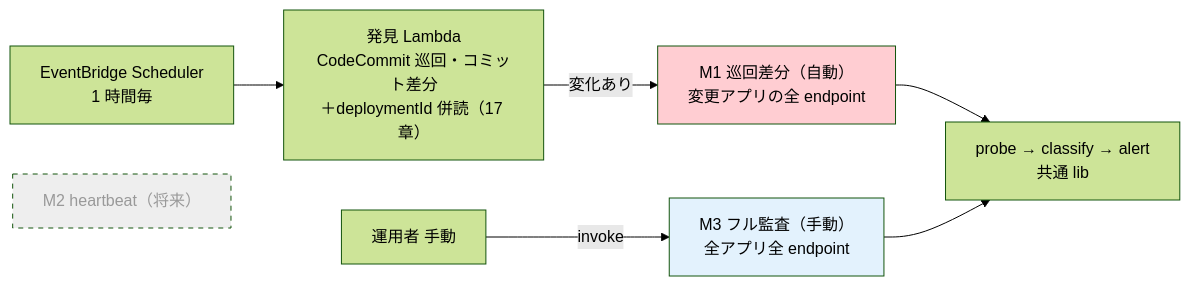
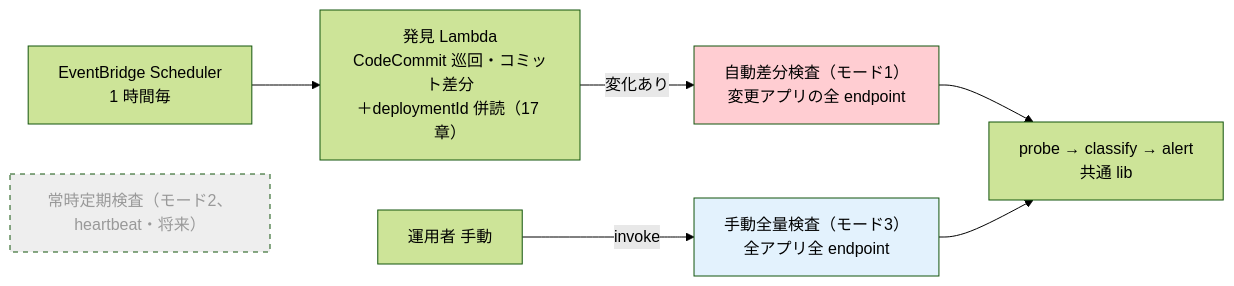
One commit to suepie/aws-atuh-poc changed the first of 2 diagrams in doc/api-platform/basic-design/18-scan-modes-and-scheduling.md. Above: the diagram before and after it, drawn with Mermaid (forest theme). The commit also changed other lines of this file and 15 other files, not shown here.

````diff
--- a/doc/api-platform/basic-design/18-scan-modes-and-scheduling.md
+++ b/doc/api-platform/basic-design/18-scan-modes-and-scheduling.md
@@ -30,11 +30,11 @@
 ```mermaid
 flowchart LR
-    SCH[EventBridge Scheduler<br/>1 時間毎] --> DISC[発見 Lambda<br/>CodeCommit 巡回・コミット差分<br/>＋deploymentId 併読（17 章）]
-    DISC -->|変化あり| M1[M1 巡回差分（自動）<br/>変更アプリの全 endpoint]
-    Manual[運用者 手動] -->|invoke| M3[M3 フル監査（手動）<br/>全アプリ全 endpoint]
-    M2["M2 heartbeat（将来）"]:::future
-    M1 & M3 --> C[probe → classify → alert<br/>共通 lib]
+    SCH["EventBridge Scheduler<br/>1 時間毎"] --> DISC["発見 Lambda<br/>CodeCommit 巡回・コミット差分<br/>＋deploymentId 併読（17 章）"]
+    DISC -->|変化あり| MODE1["自動差分検査（モード1）<br/>変更アプリの全 endpoint"]
+    Manual[運用者 手動] -->|invoke| MODE3["手動全量検査（モード3）<br/>全アプリ全 endpoint"]
+    MODE2["常時定期検査（モード2、heartbeat・将来）"]:::future
+    MODE1 & MODE3 --> C[probe → classify → alert<br/>共通 lib]
     classDef future fill:#eee,stroke-dasharray:5 5,color:#999
-    style M1 fill:#ffcdd2
-    style M3 fill:#e3f2fd
+    style MODE1 fill:#ffcdd2
+    style MODE3 fill:#e3f2fd
 ```
````
